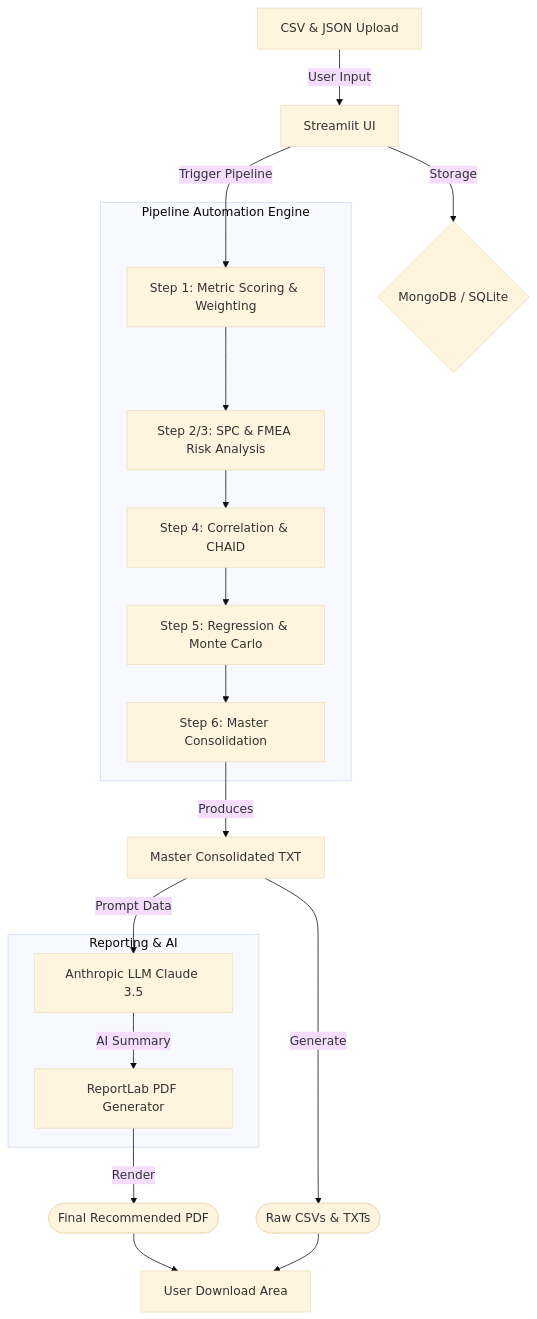
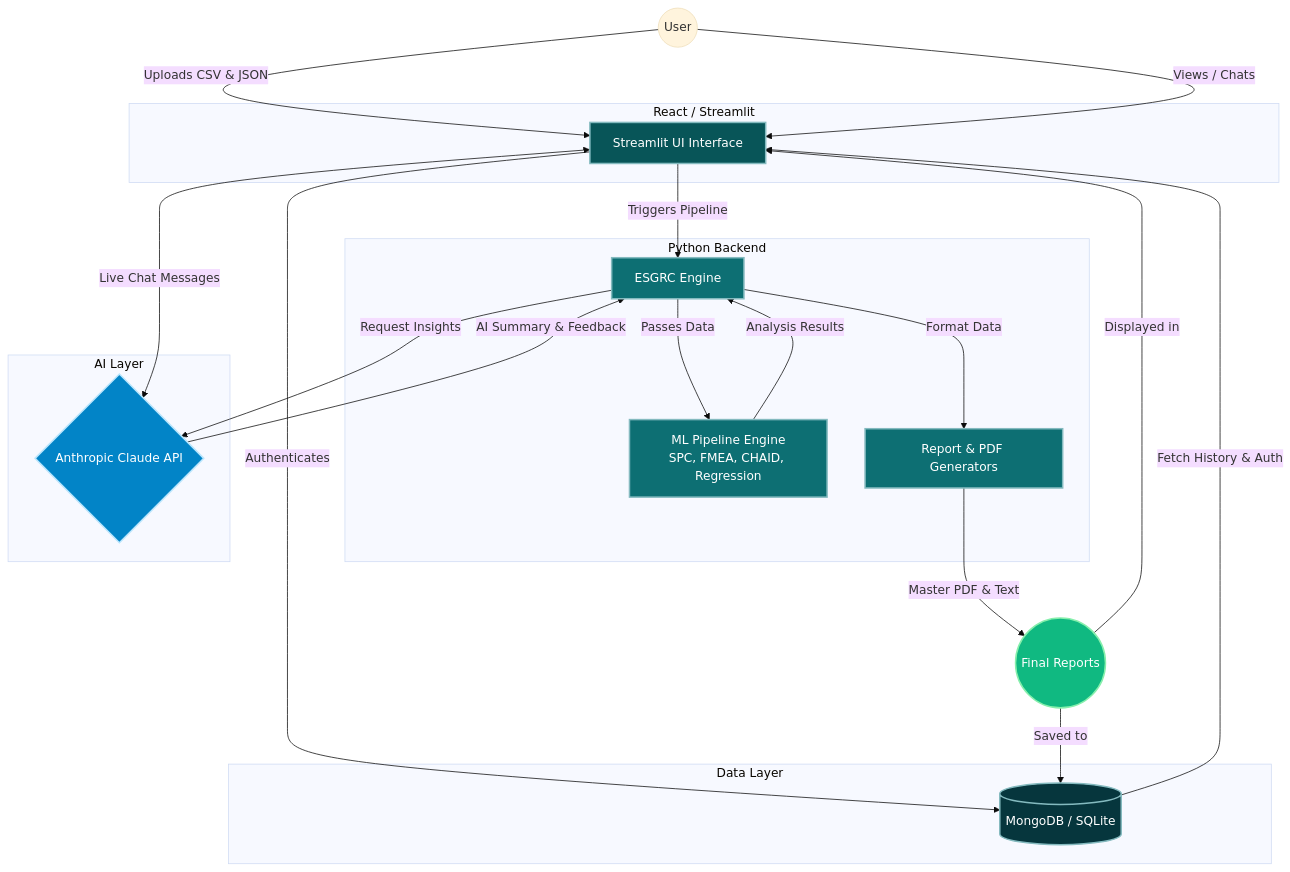
Before and after one commit to code0era/esgrc: the second of 2 diagrams in README.md, drawn with Mermaid (base theme). The commit also changed other lines of this file and 2 other files, not shown here.

Commit message:
docs: Add architecture mindmap and update documentation

````diff
--- a/README.md
+++ b/README.md
@@ -44,34 +46,48 @@
 ```mermaid
-flowchart TD
-    A[CSV & JSON Upload] -->|User Input| B[Streamlit UI]
-    B -->|Storage| C{MongoDB / SQLite}
+graph TD
+    %% Styling
+    classDef frontend fill:#085558,stroke:#84BABF,stroke-width:2px,color:#fff;
+    classDef backend fill:#0D6F73,stroke:#84BABF,stroke-width:2px,color:#fff;
+    classDef database fill:#06363D,stroke:#84BABF,stroke-width:2px,color:#fff;
+    classDef ai fill:#0284C7,stroke:#BAE6FD,stroke-width:2px,color:#fff;
+    classDef output fill:#10B981,stroke:#86EFAC,stroke-width:2px,color:#fff;
+
+    User((User)) -->|Uploads CSV & JSON| UI
+    User -->|Views / Chats| UI
+
+    subgraph Frontend [React / Streamlit]
+        UI[Streamlit UI Interface]:::frontend
+    end
+
+    subgraph Backend Engine [Python Backend]
+        Engine[ESGRC Engine]:::backend
+        ML_Pipe[ML Pipeline Engine<br/>SPC, FMEA, CHAID, Regression]:::backend
+        Report_Gen[Report & PDF Generators]:::backend
+    end
+
+    subgraph Data Layer
+        DB[(MongoDB / SQLite)]:::database
+    end
+
+    subgraph AI Layer
+        LLM{Anthropic Claude API}:::ai
+    end
+
+    %% Flow Connections
+    UI -->|Authenticates| DB
+    UI -->|Triggers Pipeline| Engine
+    Engine -->|Passes Data| ML_Pipe
+    ML_Pipe -->|Analysis Results| Engine
     
-    subgraph Engine [Pipeline Automation Engine]
-        D[Step 1: Metric Scoring & Weighting]
-        E[Step 2/3: SPC & FMEA Risk Analysis]
-        F[Step 4: Correlation & CHAID]
-        G[Step 5: Regression & Monte Carlo]
-        H[Step 6: Master Consolidation]
-    end
+    Engine -->|Request Insights| LLM
+    LLM -->|AI Summary & Feedback| Engine
     
-    B -->|Trigger Pipeline| D
-    D --> E
-    E --> F
-    F --> G
-    G --> H
+    Engine -->|Format Data| Report_Gen
+    Report_Gen -->|Master PDF & Text| Output((Final Reports)):::output
     
-    H -->|Produces| I[Master Consolidated TXT]
+    Output -->|Saved to| DB
+    Output -->|Displayed in| UI
     
-    subgraph Output [Reporting & AI]
-        J[Anthropic LLM Claude 3.5]
-        K[ReportLab PDF Generator]
-    end
-    
-    I -->|Prompt Data| J
-    J -->|AI Summary| K
-    K -->|Render| L([Final Recommended PDF])
-    I -->|Generate| M([Raw CSVs & TXTs])
-    
-    L --> N[User Download Area]
-    M --> N
+    UI <-->|Live Chat Messages| LLM
+    DB -->|Fetch History & Auth| UI
 ```
````
